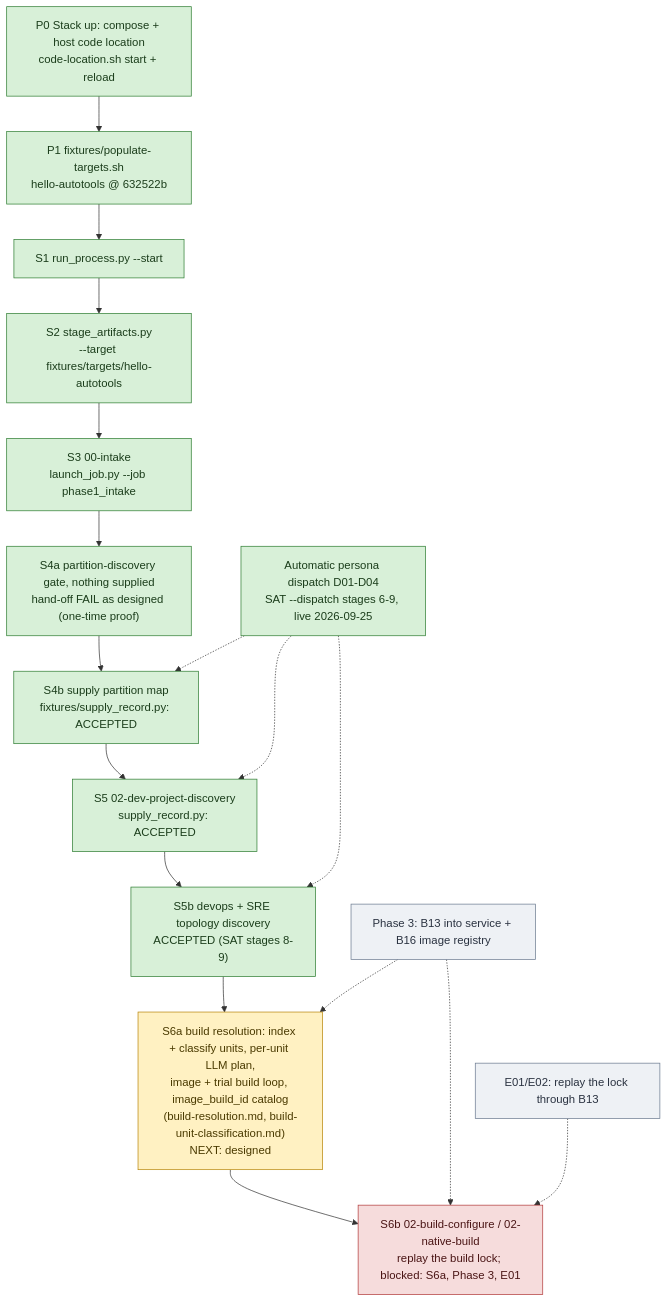
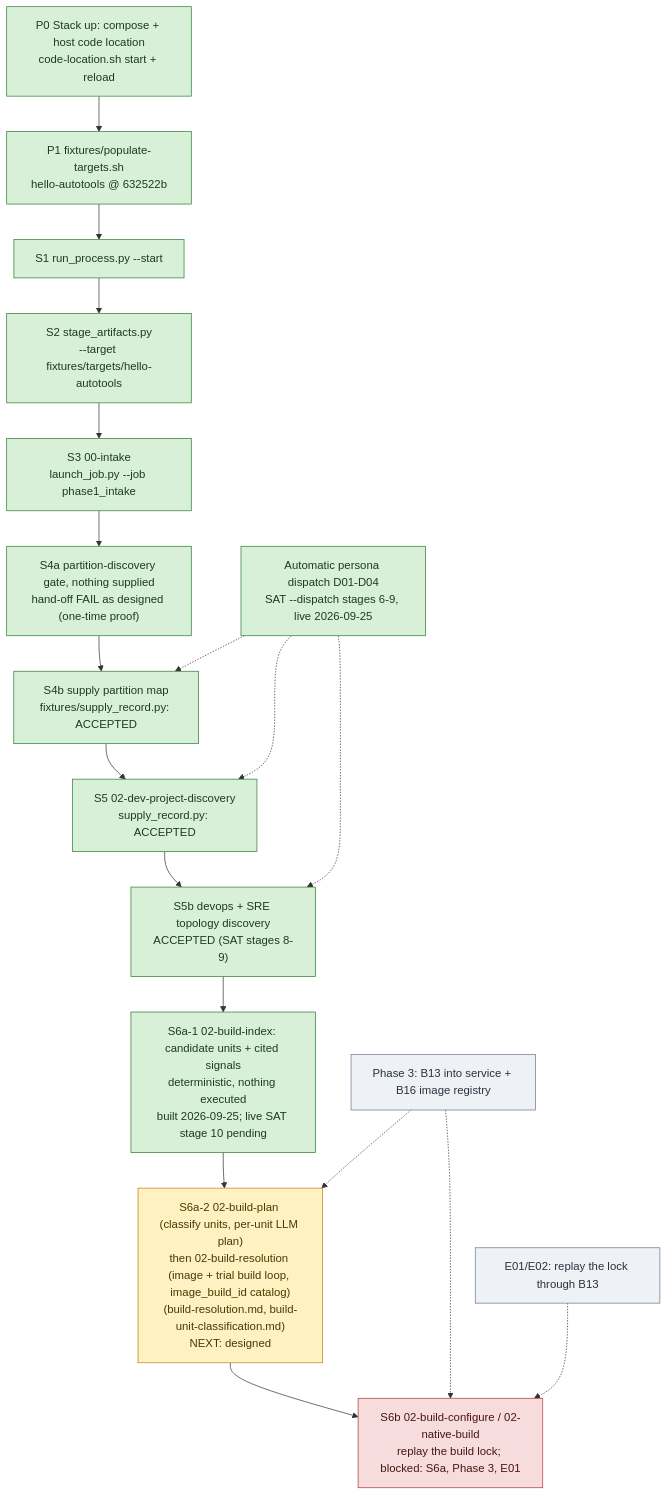
One commit to wsollers/appsec-review changed the diagram in docs/processes/flow-bringup.md. Above: the diagram before and after it, drawn with Mermaid. The commit also changed other lines of this file and 8 other files, not shown here.

First line of the commit message:
build-index docs (step 5)

````diff
--- a/docs/processes/flow-bringup.md
+++ b/docs/processes/flow-bringup.md
@@ -20,30 +20,31 @@
 ```mermaid
 flowchart TD
   P0["P0 Stack up: compose + host code location<br/>code-location.sh start + reload"]:::done
   P1["P1 fixtures/populate-targets.sh<br/>hello-autotools @ 632522b"]:::done
   S1["S1 run_process.py --start"]:::done
   S2["S2 stage_artifacts.py<br/>--target fixtures/targets/hello-autotools"]:::done
   S3["S3 00-intake<br/>launch_job.py --job phase1_intake"]:::done
   S4a["S4a partition-discovery gate, nothing supplied<br/>hand-off FAIL as designed (one-time proof)"]:::done
   S4b["S4b supply partition map<br/>fixtures/supply_record.py: ACCEPTED"]:::done
   S5["S5 02-dev-project-discovery<br/>supply_record.py: ACCEPTED"]:::done
   S5b["S5b devops + SRE topology discovery<br/>ACCEPTED (SAT stages 8-9)"]:::done
   AD["Automatic persona dispatch D01-D04<br/>SAT --dispatch stages 6-9, live 2026-09-25"]:::done
-  S6a["S6a build resolution: index + classify units, per-unit LLM plan,<br/>image + trial build loop, image_build_id catalog<br/>(build-resolution.md, build-unit-classification.md)<br/>NEXT: designed"]:::next
+  S6i["S6a-1 02-build-index: candidate units + cited signals<br/>deterministic, nothing executed<br/>built 2026-09-25; live SAT stage 10 pending"]:::done
+  S6a["S6a-2 02-build-plan (classify units, per-unit LLM plan)<br/>then 02-build-resolution (image + trial build loop, image_build_id catalog)<br/>(build-resolution.md, build-unit-classification.md)<br/>NEXT: designed"]:::next
   S6["S6b 02-build-configure / 02-native-build<br/>replay the build lock; blocked: S6a, Phase 3, E01"]:::blocked
   B13["Phase 3: B13 into service + B16 image registry"]:::todo
   E01["E01/E02: replay the lock through B13"]:::todo
 
-  P0 --> P1 --> S1 --> S2 --> S3 --> S4a --> S4b --> S5 --> S5b --> S6a --> S6
+  P0 --> P1 --> S1 --> S2 --> S3 --> S4a --> S4b --> S5 --> S5b --> S6i --> S6a --> S6
   AD -.-> S4b
   AD -.-> S5
   AD -.-> S5b
   B13 -.-> S6a
   B13 -.-> S6
   E01 -.-> S6
 
   classDef done fill:#d8f0d8,stroke:#2e7d32,color:#1b3d1b
   classDef next fill:#fff1c2,stroke:#b8860b,color:#4a3a00
   classDef todo fill:#eef1f5,stroke:#6b7a90,color:#2a3240
   classDef blocked fill:#f6dcdc,stroke:#b23b3b,color:#4a1515
 ```
````
